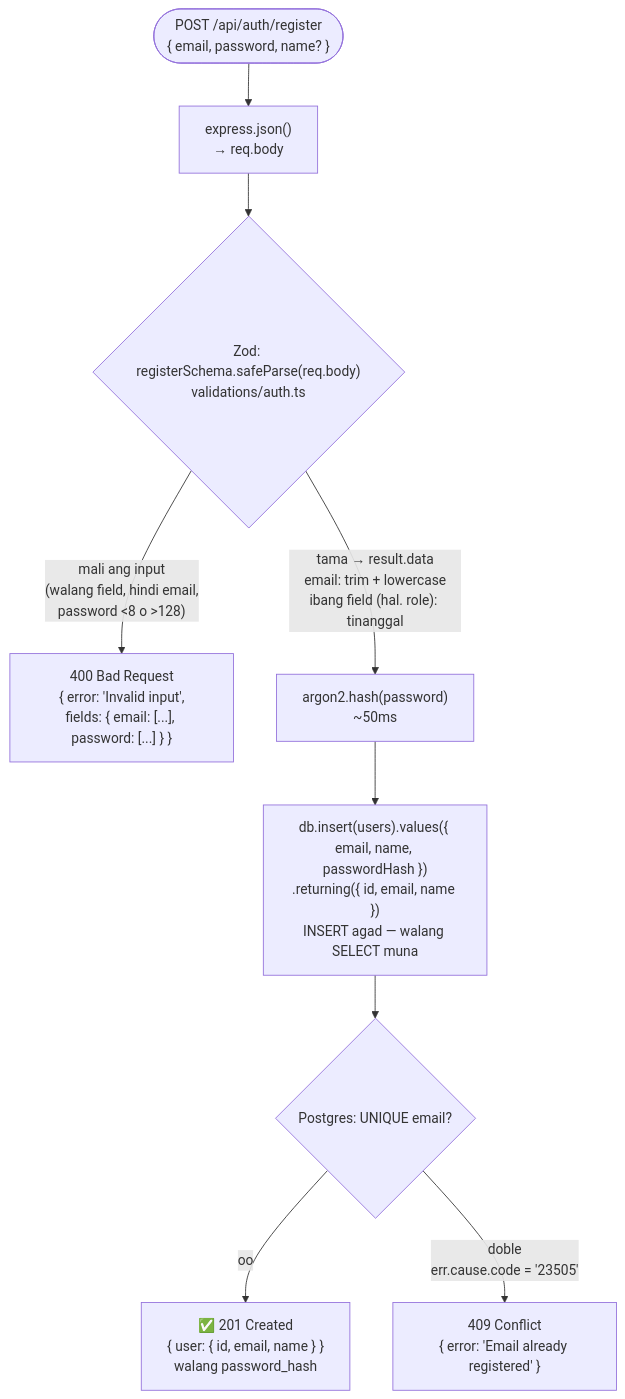
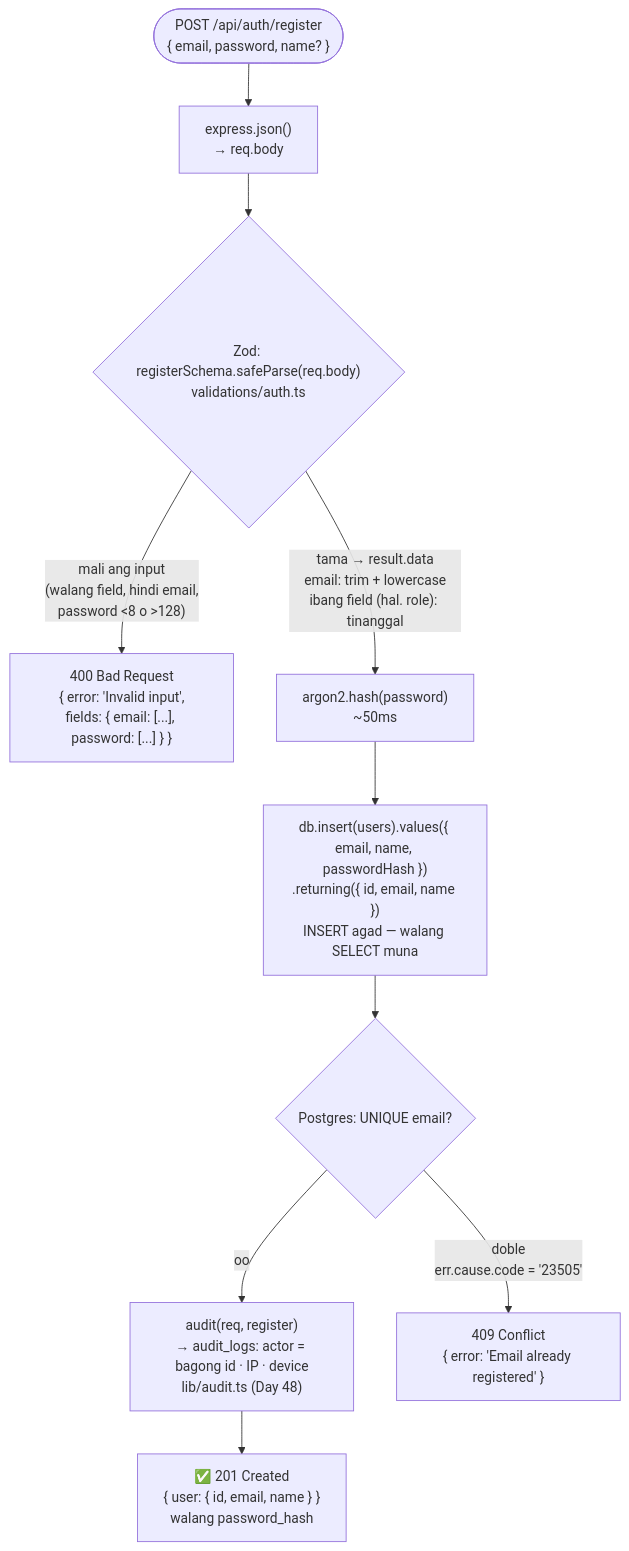
The first of 2 diagrams in docs/diagrams/03-register-flow.md (nelson1869-ai/auth-learning), drawn with Mermaid before and after one commit. The commit also changed other lines of this file and 10 other files, not shown here.

First line of the commit message:
docs: sync diagrams, .http and READMEs with Days 44–49

````diff
--- a/docs/diagrams/03-register-flow.md
+++ b/docs/diagrams/03-register-flow.md
@@ -10,11 +10,12 @@
 ```mermaid
 flowchart TD
     Req(["POST /api/auth/register<br/>{ email, password, name? }"]) --> JSON["express.json()<br/>→ req.body"]
     JSON --> Zod{"Zod: registerSchema.safeParse(req.body)<br/>validations/auth.ts"}
     Zod -->|"mali ang input<br/>(walang field, hindi email,<br/>password &lt;8 o &gt;128)"| C400["400 Bad Request<br/>{ error: 'Invalid input',<br/>fields: { email: [...], password: [...] } }"]
     Zod -->|"tama → result.data<br/>email: trim + lowercase<br/>ibang field (hal. role): tinanggal"| Hash["argon2.hash(password)<br/>~50ms"]
     Hash --> Insert["db.insert(users).values({ email, name, passwordHash })<br/>.returning({ id, email, name })<br/>INSERT agad — walang SELECT muna"]
     Insert --> DB{"Postgres: UNIQUE email?"}
-    DB -->|"oo"| C201["✅ 201 Created<br/>{ user: { id, email, name } }<br/>walang password_hash"]
+    DB -->|"oo"| Aud["audit(req, register)<br/>→ audit_logs: actor = bagong id · IP · device<br/>lib/audit.ts (Day 48)"]
+    Aud --> C201["✅ 201 Created<br/>{ user: { id, email, name } }<br/>walang password_hash"]
     DB -->|"doble<br/>err.cause.code = '23505'"| C409["409 Conflict<br/>{ error: 'Email already registered' }"]
 ```
````
